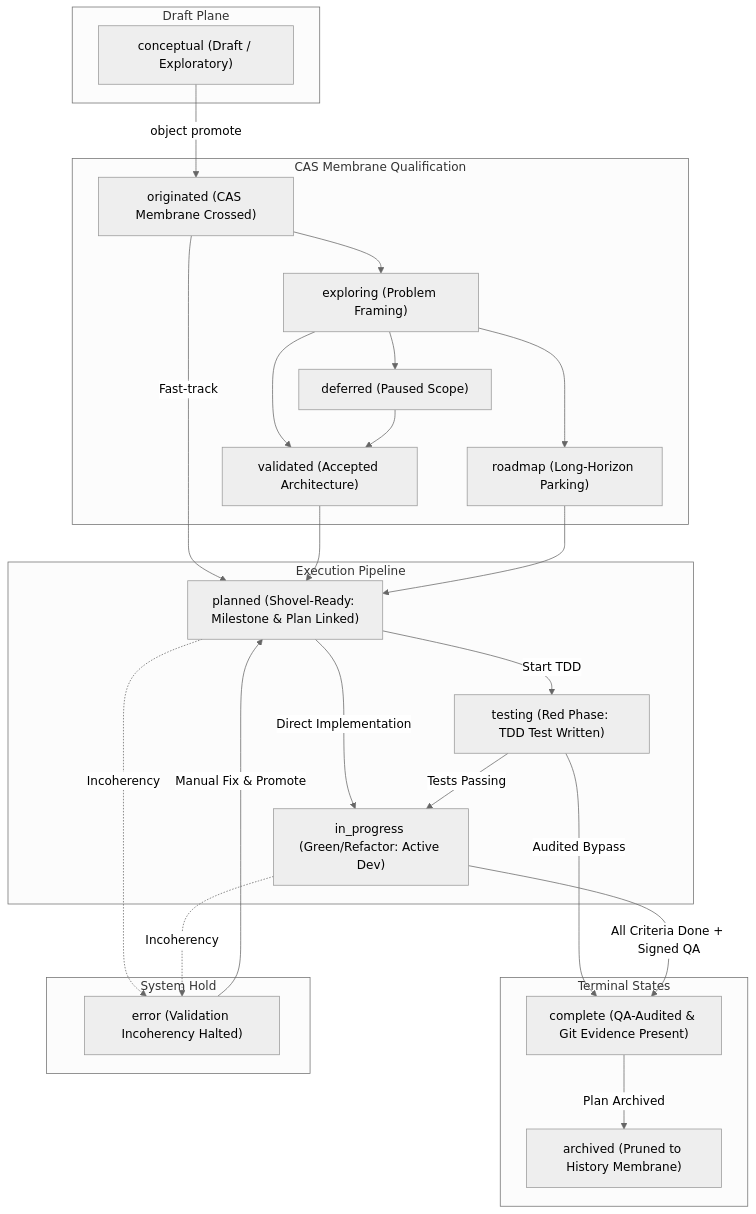
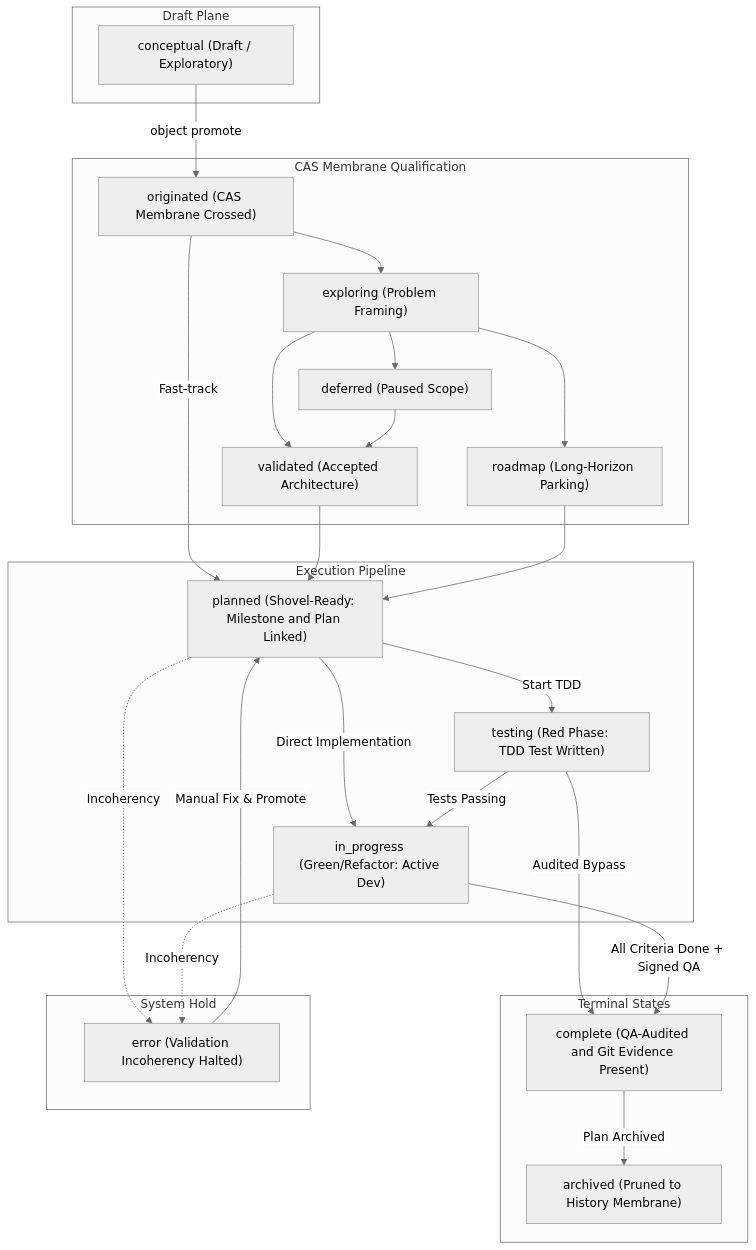
One commit to zqk-os/zqk changed the first of 2 diagrams in docs/architecture/LIFECYCLE_STATE_MACHINE.md. Above: the diagram before and after it, drawn with Mermaid (neutral theme). The commit also changed other lines of this file and 11 other files, not shown here.

Commit message:
fix(docs, packaging): fix Architecture Overview A/B diagram, standardize Mermaid rendering, and fix cross-platform packaging

````diff
--- a/docs/architecture/LIFECYCLE_STATE_MACHINE.md
+++ b/docs/architecture/LIFECYCLE_STATE_MACHINE.md
@@ -15,50 +15,50 @@
 ```mermaid
 flowchart TD
-    subgraph Draft Plane
+    subgraph DraftPlane["Draft Plane"]
         A["conceptual (Draft / Exploratory)"]
     end
 
-    subgraph CAS Membrane Qualification
+    subgraph CASQualification["CAS Membrane Qualification"]
         B["originated (CAS Membrane Crossed)"]
         C["exploring (Problem Framing)"]
         D["validated (Accepted Architecture)"]
         R["roadmap (Long-Horizon Parking)"]
         DEF["deferred (Paused Scope)"]
     end
 
-    subgraph Execution Pipeline
-        E["planned (Shovel-Ready: Milestone & Plan Linked)"]
+    subgraph ExecutionPipeline["Execution Pipeline"]
+        E["planned (Shovel-Ready: Milestone and Plan Linked)"]
         F["testing (Red Phase: TDD Test Written)"]
         G["in_progress (Green/Refactor: Active Dev)"]
     end
 
-    subgraph Terminal States
-        H["complete (QA-Audited & Git Evidence Present)"]
+    subgraph TerminalStates["Terminal States"]
+        H["complete (QA-Audited and Git Evidence Present)"]
         I["archived (Pruned to History Membrane)"]
     end
 
-    subgraph System Hold
+    subgraph SystemHold["System Hold"]
         ERR["error (Validation Incoherency Halted)"]
     end
 
     A -->|object promote| B
     B --> C
     B -->|Fast-track| E
     C --> D
     C --> R
     C --> DEF
     D --> E
     R --> E
     DEF --> D
 
     E -->|Start TDD| F
     E -->|Direct Implementation| G
     F -->|Tests Passing| G
     F -->|Audited Bypass| H
     G -->|All Criteria Done + Signed QA| H
     H -->|Plan Archived| I
 
     E -.->|Incoherency| ERR
     G -.->|Incoherency| ERR
     ERR -->|Manual Fix & Promote| E
 ```
````
